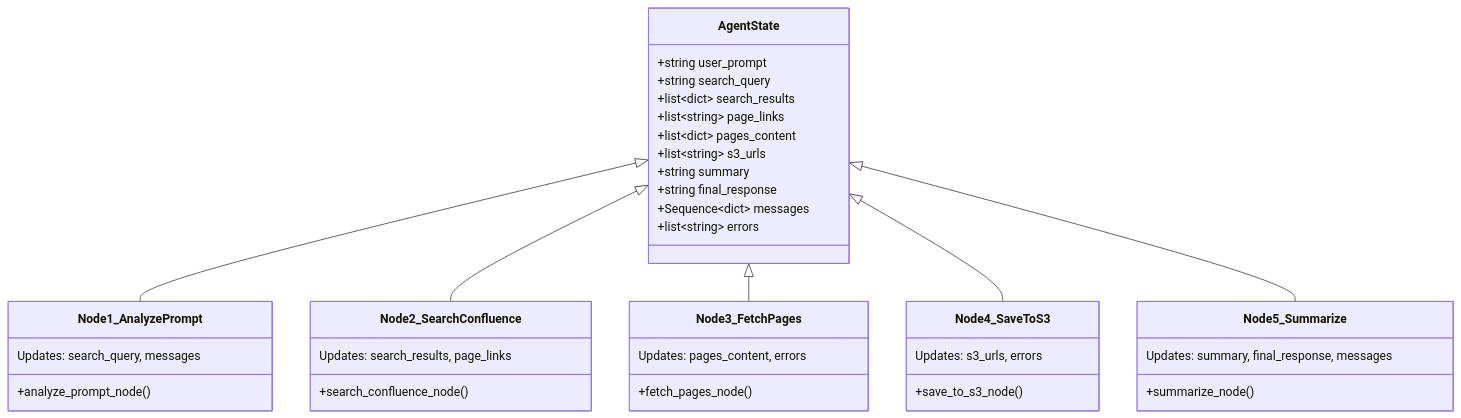
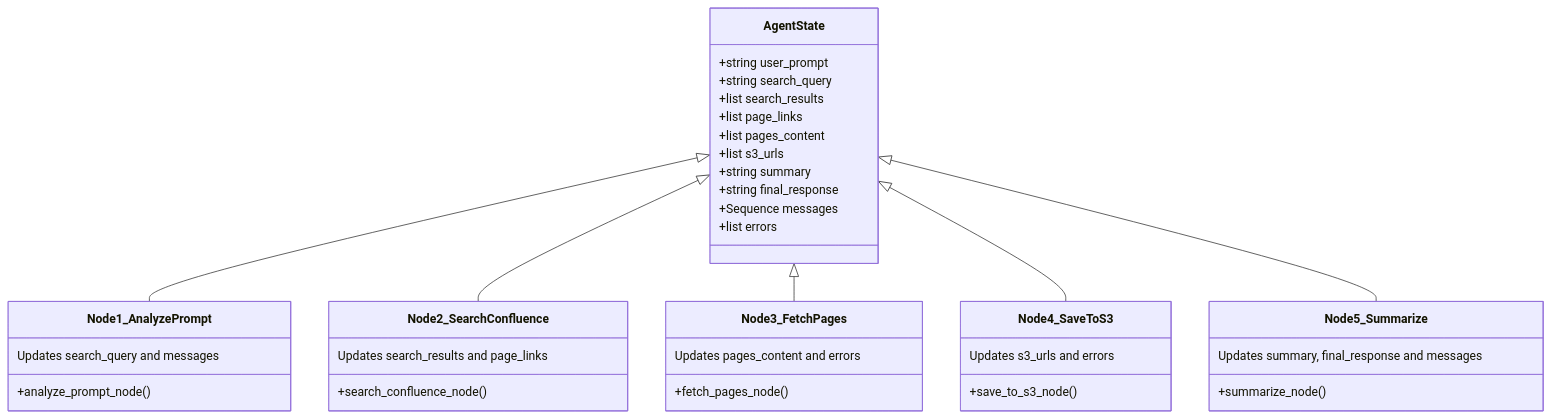
Before and after one commit to saga/llm-as-middle: the third of 6 diagrams in workflow-diagram.md, drawn with Mermaid. The commit also changed other lines of this file, not shown here.

````diff
--- a/workflow-diagram.md
+++ b/workflow-diagram.md
@@ -95,46 +95,46 @@
 ```mermaid
 classDiagram
     class AgentState {
         +string user_prompt
         +string search_query
-        +list~dict~ search_results
-        +list~string~ page_links
-        +list~dict~ pages_content
-        +list~string~ s3_urls
+        +list search_results
+        +list page_links
+        +list pages_content
+        +list s3_urls
         +string summary
         +string final_response
-        +Sequence~dict~ messages
-        +list~string~ errors
+        +Sequence messages
+        +list errors
     }
     
     class Node1_AnalyzePrompt {
         +analyze_prompt_node()
-        Updates: search_query, messages
+        Updates search_query and messages
     }
     
     class Node2_SearchConfluence {
         +search_confluence_node()
-        Updates: search_results, page_links
+        Updates search_results and page_links
     }
     
     class Node3_FetchPages {
         +fetch_pages_node()
-        Updates: pages_content, errors
+        Updates pages_content and errors
     }
     
     class Node4_SaveToS3 {
         +save_to_s3_node()
-        Updates: s3_urls, errors
+        Updates s3_urls and errors
     }
     
     class Node5_Summarize {
         +summarize_node()
-        Updates: summary, final_response, messages
+        Updates summary, final_response and messages
     }
     
     AgentState <|-- Node1_AnalyzePrompt
     AgentState <|-- Node2_SearchConfluence
     AgentState <|-- Node3_FetchPages
     AgentState <|-- Node4_SaveToS3
     AgentState <|-- Node5_Summarize
 ```
````
